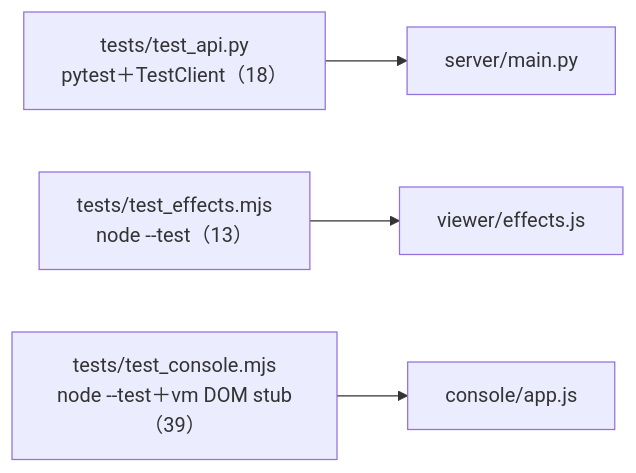
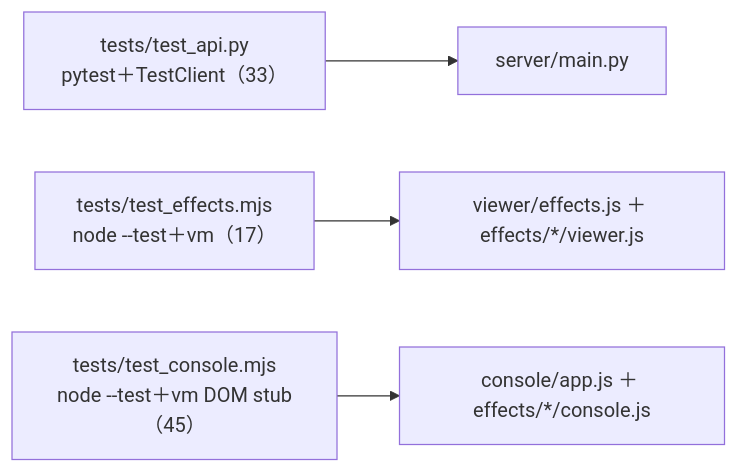
The sixth of 6 diagrams in docs/agents/CALL_GRAPH.md (zivngit/Real-time-Interaction-html), drawn with Mermaid before and after one commit. The commit also changed other lines of this file and 18 other files, not shown here.

First line of the commit message:
feat(effects): 插件化 effects JSON manifest 與 viewer/console plugins

````diff
--- a/docs/agents/CALL_GRAPH.md
+++ b/docs/agents/CALL_GRAPH.md
@@ -206,6 +230,6 @@
 ```mermaid
 flowchart LR
-    TA["tests/test_api.py<br/>pytest＋TestClient（18）"] --> M["server/main.py"]
-    TE["tests/test_effects.mjs<br/>node --test（13）"] --> S["viewer/effects.js"]
-    TC["tests/test_console.mjs<br/>node --test＋vm DOM stub（39）"] --> K["console/app.js"]
+    TA["tests/test_api.py<br/>pytest＋TestClient（33）"] --> M["server/main.py"]
+    TE["tests/test_effects.mjs<br/>node --test＋vm（17）"] --> S["viewer/effects.js ＋ effects/*/viewer.js"]
+    TC["tests/test_console.mjs<br/>node --test＋vm DOM stub（45）"] --> K["console/app.js ＋ effects/*/console.js"]
 ```
````
